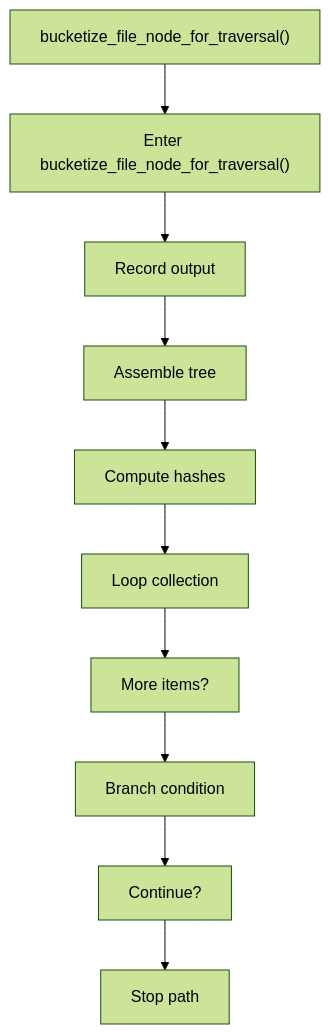
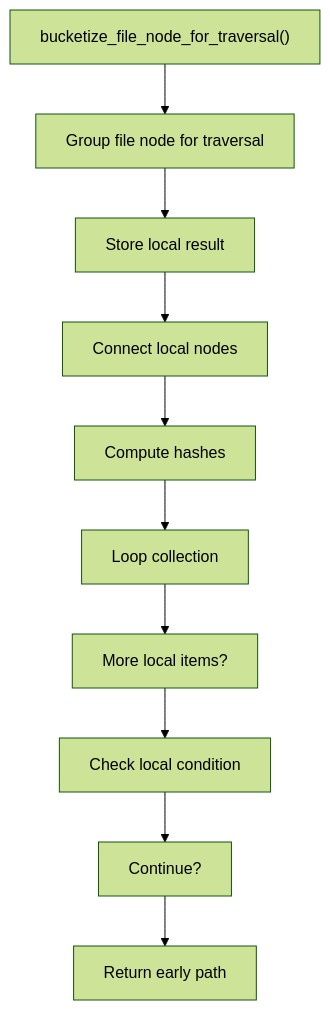
Before and after one commit to JohnAndrewBalbarosa/NeoTerritory: the third of 4 diagrams in docs/Codebase/Microservice/Modules/Source/Trees/ClassGeneration/Actual/Internal/bucket.cpp.md, drawn with Mermaid (forest theme). The commit also changed other lines of this file and 925 other files, not shown here.

````diff
--- a/docs/Codebase/Microservice/Modules/Source/Trees/ClassGeneration/Actual/Internal/bucket.cpp.md
+++ b/docs/Codebase/Microservice/Modules/Source/Trees/ClassGeneration/Actual/Internal/bucket.cpp.md
@@ -102,22 +101,22 @@
 ```mermaid
 flowchart TD
     N0["bucketize_file_node_for_traversal()"]
-    N1["Enter bucketize_file_node_for_traversal()"]
-    N2["Record output"]
-    N3["Assemble tree"]
+    N1["Group file node for traversal"]
+    N2["Store local result"]
+    N3["Connect local nodes"]
     N4["Compute hashes"]
     N5["Loop collection"]
-    N6["More items?"]
-    N7["Branch condition"]
+    N6["More local items?"]
+    N7["Check local condition"]
     N8["Continue?"]
-    N9["Stop path"]
+    N9["Return early path"]
     N0 --> N1
     N1 --> N2
     N2 --> N3
     N3 --> N4
     N4 --> N5
     N5 --> N6
     N6 --> N7
     N7 --> N8
     N8 --> N9
 ```
````
